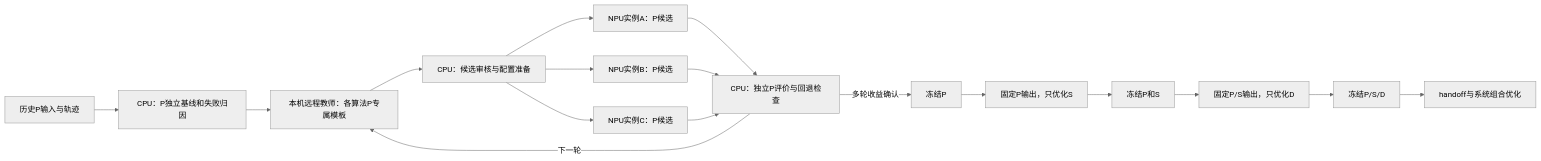
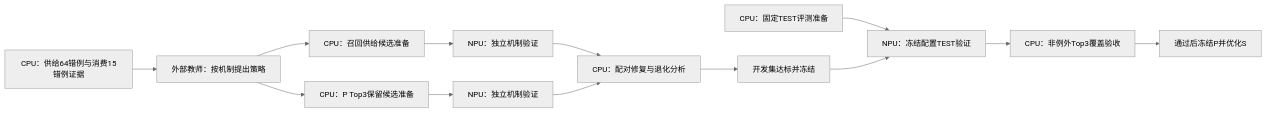
One commit to chaosxingxc-orion/omni changed the diagram in wiki/TFRL-Execution-DAG.md. Above: the diagram before and after it, drawn with Mermaid (neutral theme). The commit also changed other lines of this file and 8 other files, not shown here.

````diff
--- a/wiki/TFRL-Execution-DAG.md
+++ b/wiki/TFRL-Execution-DAG.md
@@ -5,19 +5,15 @@
 ```mermaid
 flowchart LR
- HIST[历史P输入与轨迹] --> BASE[CPU：P独立基线和失败归因]
- BASE --> TEACH[本机远程教师：各算法P专属模板]
- TEACH --> PREP[CPU：候选审核与配置准备]
- PREP --> A[NPU实例A：P候选]
- PREP --> B[NPU实例B：P候选]
- PREP --> C[NPU实例C：P候选]
- A --> EVAL[CPU：独立P评价与回退检查]
- B --> EVAL
- C --> EVAL
- EVAL -->|下一轮| TEACH
- EVAL -->|多轮收益确认| FP[冻结P]
- FP --> S[固定P输出，只优化S]
- S --> FS[冻结P和S]
- FS --> D[固定P/S输出，只优化D]
- D --> FD[冻结P/S/D]
- FD --> SYS[handoff与系统组合优化]
+ E[CPU：供给64错例与消费15错例证据] --> T[外部教师：按机制提出策略]
+ T --> R[CPU：召回供给候选准备]
+ T --> P[CPU：P Top3保留候选准备]
+ R --> N1[NPU：独立机制验证]
+ P --> N2[NPU：独立机制验证]
+ N1 --> A[CPU：配对修复与退化分析]
+ N2 --> A
+ A --> F[开发集达标并冻结]
+ Q[CPU：固定TEST评测准备] --> V[NPU：冻结配置TEST验证]
+ F --> V
+ V --> G[CPU：非例外Top3覆盖验收]
+ G --> S[通过后冻结P并优化S]
 ```
````
